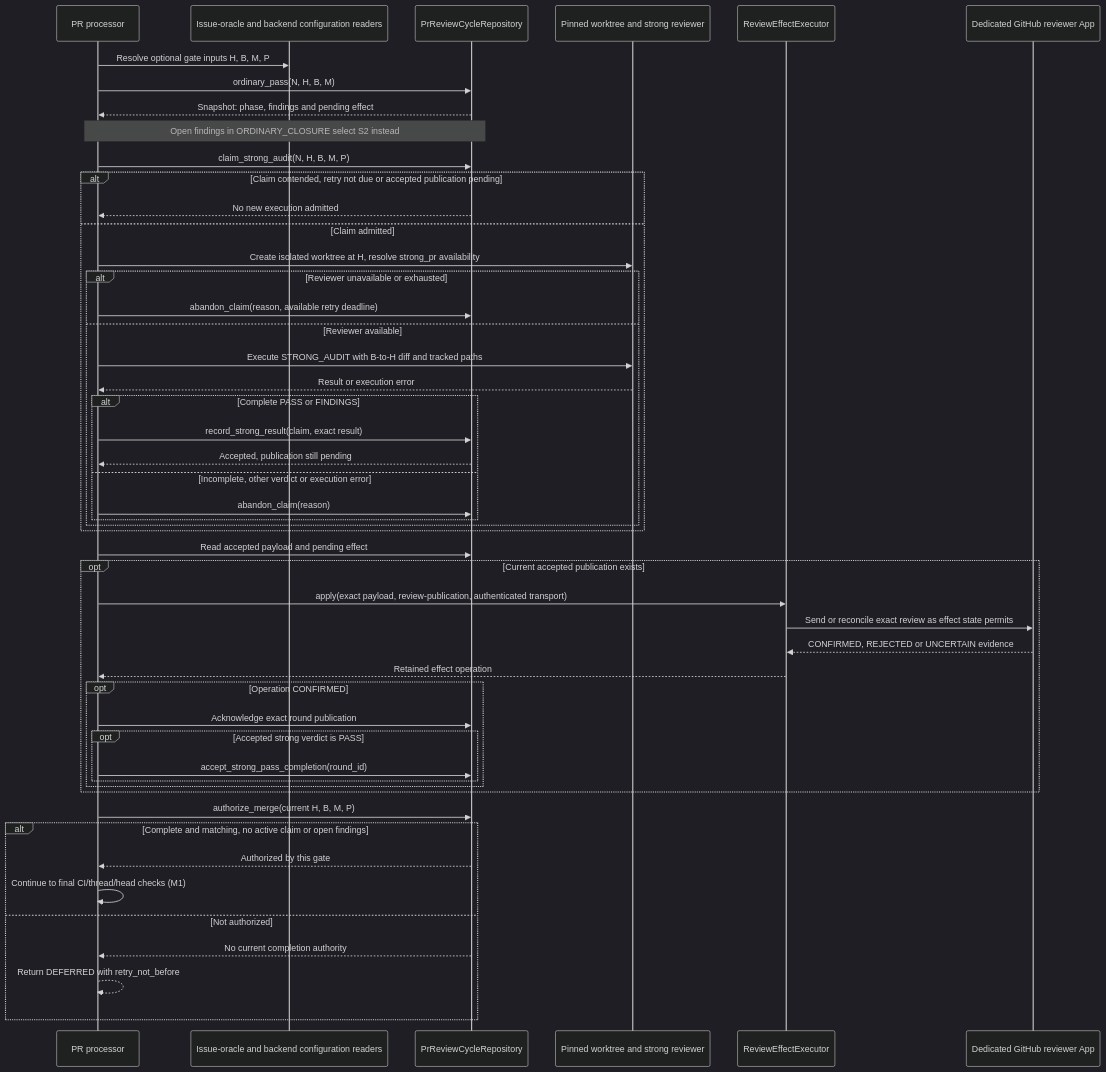
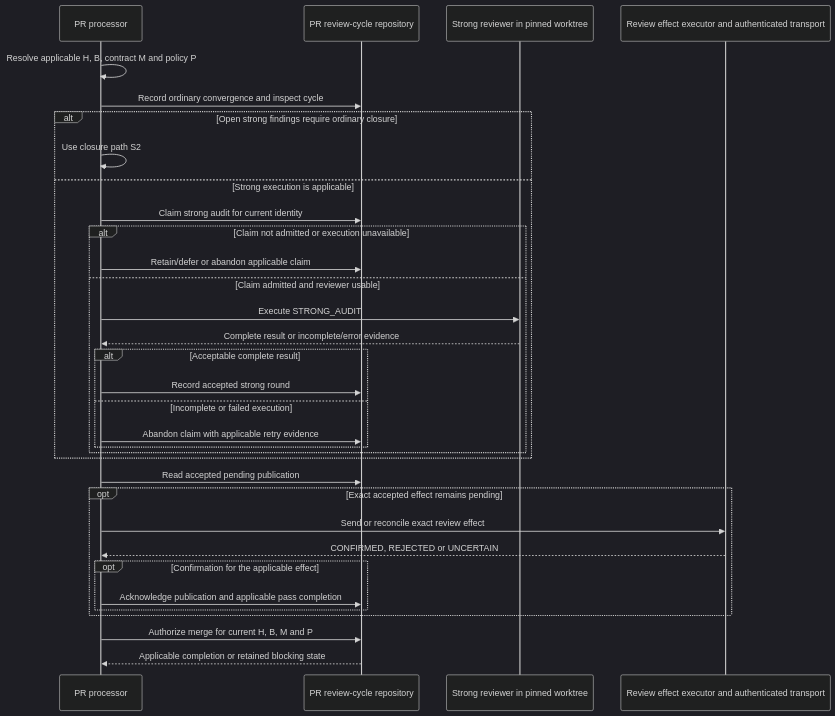
Before and after one commit to kitamura-tetsuo/auto-coder: the first of 2 diagrams in docs/architecture/as-is/pr-two-tier-review.md, drawn with Mermaid (dark theme). The commit also changed other lines of this file and 14 other files, not shown here.

First line of the commit message:
docs: refresh as-is sequences and map refactoring boundaries

````diff
--- a/docs/architecture/as-is/pr-two-tier-review.md
+++ b/docs/architecture/as-is/pr-two-tier-review.md
@@ -11,52 +9,35 @@
 ```mermaid
 sequenceDiagram
     participant P as PR processor
-    participant I as Issue-oracle and backend configuration readers
-    participant D as PrReviewCycleRepository
-    participant V as Pinned worktree and strong reviewer
-    participant E as ReviewEffectExecutor
-    participant G as Dedicated GitHub reviewer App
-    P->>I: Resolve optional gate inputs H, B, M, P
-    P->>D: ordinary_pass(N, H, B, M)
-    D-->>P: Snapshot: phase, findings and pending effect
-    Note over P,D: Open findings in ORDINARY_CLOSURE select S2 instead
-    P->>D: claim_strong_audit(N, H, B, M, P)
-    alt Claim contended, retry not due or accepted publication pending
-        D-->>P: No new execution admitted
-    else Claim admitted
-        P->>V: Create isolated worktree at H, resolve strong_pr availability
-        alt Reviewer unavailable or exhausted
-            P->>D: abandon_claim(reason, available retry deadline)
-        else Reviewer available
-            P->>V: Execute STRONG_AUDIT with B-to-H diff and tracked paths
-            V-->>P: Result or execution error
-            alt Complete PASS or FINDINGS
-                P->>D: record_strong_result(claim, exact result)
-                D-->>P: Accepted, publication still pending
-            else Incomplete, other verdict or execution error
-                P->>D: abandon_claim(reason)
+    participant D as PR review-cycle repository
+    participant V as Strong reviewer in pinned worktree
+    participant E as Review effect executor and authenticated transport
+    P->>P: Resolve applicable H, B, contract M and policy P
+    P->>D: Record ordinary convergence and inspect cycle
+    alt Open strong findings require ordinary closure
+        P->>P: Use closure path S2
+    else Strong execution is applicable
+        P->>D: Claim strong audit for current identity
+        alt Claim not admitted or execution unavailable
+            P->>D: Retain/defer or abandon applicable claim
+        else Claim admitted and reviewer usable
+            P->>V: Execute STRONG_AUDIT
+            V-->>P: Complete result or incomplete/error evidence
+            alt Acceptable complete result
+                P->>D: Record accepted strong round
+            else Incomplete or failed execution
+                P->>D: Abandon claim with applicable retry evidence
             end
         end
     end
-    P->>D: Read accepted payload and pending effect
-    opt Current accepted publication exists
-        P->>E: apply(exact payload, review-publication, authenticated transport)
-        E->>G: Send or reconcile exact review as effect state permits
-        G-->>E: CONFIRMED, REJECTED or UNCERTAIN evidence
-        E-->>P: Retained effect operation
-        opt Operation CONFIRMED
-            P->>D: Acknowledge exact round publication
-            opt Accepted strong verdict is PASS
-                P->>D: accept_strong_pass_completion(round_id)
-            end
+    P->>D: Read accepted pending publication
+    opt Exact accepted effect remains pending
+        P->>E: Send or reconcile exact review effect
+        E-->>P: CONFIRMED, REJECTED or UNCERTAIN
+        opt Confirmation for the applicable effect
+            P->>D: Acknowledge publication and applicable pass completion
         end
     end
-    P->>D: authorize_merge(current H, B, M, P)
-    alt Complete and matching, no active claim or open findings
-        D-->>P: Authorized by this gate
-        P->>P: Continue to final CI/thread/head checks (M1)
-    else Not authorized
-        D-->>P: No current completion authority
-        P-->>P: Return DEFERRED with retry_not_before
-    end
+    P->>D: Authorize merge for current H, B, M and P
+    D-->>P: Applicable completion or retained blocking state
 ```
````
